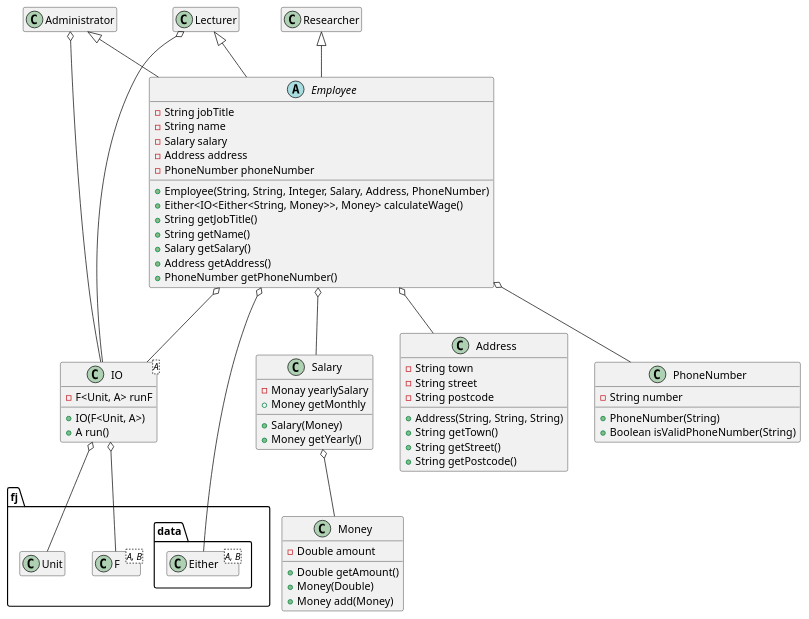
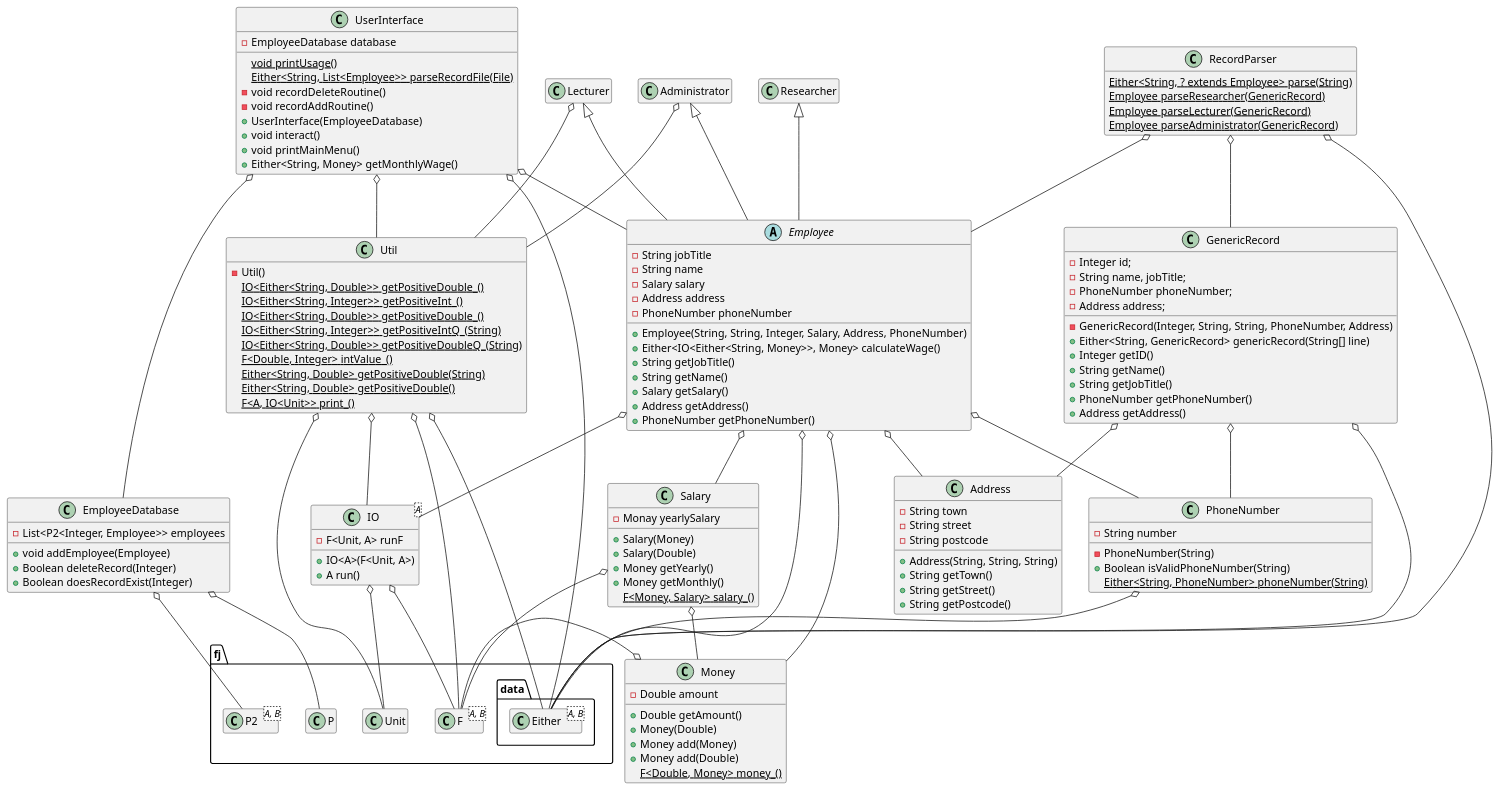
The diagram in uml.plantuml (Fuuzetsu/cm20215-cwk2), drawn with PlantUML before and after one commit.

Commit message:
Finalise UML

```diff
--- a/uml.plantuml
+++ b/uml.plantuml
@@ -1,102 +1,193 @@
 @startuml
 
 Employee o-- fj.data.Either
 Employee o-- IO
 Employee o-- Salary
 Employee o-- Address
 Employee o-- PhoneNumber
+Employee o-- Money
+
+GenericRecord o-- PhoneNumber
+GenericRecord o-- Address
+GenericRecord o-- fj.data.Either
+
+PhoneNumber o-- fj.data.Either
+
+Money o-- fj.F
+
+RecordParser o-- fj.data.Either
+RecordParser o-- GenericRecord
+RecordParser o-- Employee
+
+EmployeeDatabase o-- fj.P
+EmployeeDatabase o-- fj.P2
+
+Administrator <|-- Employee
+Administrator o-- Util
+
+Researcher <|-- Employee
+
+Lecturer <|-- Employee
+Lecturer o-- Util
+
 
 IO o-- fj.F
 IO o-- fj.Unit
 
 Salary o-- Money
+Salary o-- fj.F
 
-Researcher <|-- Employee
-Administrator <|-- Employee
-Administrator o-- IO
-Lecturer <|-- Employee
-Lecturer o-- IO
+UserInterface o-- EmployeeDatabase
+UserInterface o-- Employee
+UserInterface o-- fj.data.Either
+UserInterface o-- Util
 
+Util o-- fj.F
+Util o-- fj.Unit
+Util o-- fj.data.Either
+Util o-- IO
 
 namespace fj {
 
           class F<A, B> {
           }
 
           class Unit {
           }
+
+          class P {
+          }
+
+          class P2<A, B> {
+          }
 }
 
 namespace fj.data {
 
           class Either<A, B> {
           }
-
 }
 
 abstract class Employee {
       -String jobTitle
       -String name
       -Salary salary
       -Address address
       -PhoneNumber phoneNumber
       +Employee(String, String, Integer, Salary, Address, PhoneNumber)
       +Either<IO<Either<String, Money>>, Money> calculateWage()
       +String getJobTitle()
       +String getName()
       +Salary getSalary()
       +Address getAddress()
       +PhoneNumber getPhoneNumber()
 }
 
+class GenericRecord {
+    -Integer id;
+    -String name, jobTitle;
+    -PhoneNumber phoneNumber;
+    -Address address;
+    -GenericRecord(Integer, String, String, PhoneNumber, Address)
+    +Either<String, GenericRecord> genericRecord(String[] line)
+    +Integer getID()
+    +String getName()
+    +String getJobTitle()
+    +PhoneNumber getPhoneNumber()
+    +Address getAddress()
+}
+
+class EmployeeDatabase {
+      -List<P2<Integer, Employee>> employees
+      +void addEmployee(Employee)
+      +Boolean deleteRecord(Integer)
+      +Boolean doesRecordExist(Integer)
+}
+
 class Researcher {
 
 }
 
 class Administrator {
 }
 
 class Lecturer {
 }
 
 class IO<A> {
       -F<Unit, A> runF
-      +IO(F<Unit, A>)
+      +IO<A>(F<Unit, A>)
       +A run()
 }
 
 class Salary {
       -Monay yearlySalary
       +Salary(Money)
+      +Salary(Double)
       +Money getYearly()
-      +Money getMonthly
+      +Money getMonthly()
+      {static} F<Money, Salary> salary_()
 }
 
 class Money {
       -Double amount
       +Double getAmount()
       +Money(Double)
       +Money add(Money)
+      +Money add(Double)
+      {static} F<Double, Money> money_()
 }
 
 class Address {
       -String town
       -String street
       -String postcode
       +Address(String, String, String)
       +String getTown()
       +String getStreet()
       +String getPostcode()
 }
 
 class PhoneNumber {
       -String number
-      +PhoneNumber(String)
+      -PhoneNumber(String)
       +Boolean isValidPhoneNumber(String)
+      {static} Either<String, PhoneNumber> phoneNumber(String)
 }
 
+class RecordParser {
+      {static} Either<String, ? extends Employee> parse(String)
+      {static} Employee parseResearcher(GenericRecord)
+      {static} Employee parseLecturer(GenericRecord)
+      {static} Employee parseAdministrator(GenericRecord)
+}
+
+class UserInterface {
+      -EmployeeDatabase database
+      {static} void printUsage()
+      {static} Either<String, List<Employee>> parseRecordFile(File)
+      -void recordDeleteRoutine()
+      -void recordAddRoutine()
+      +UserInterface(EmployeeDatabase)
+      +void interact()
+      +void printMainMenu()
+      +Either<String, Money> getMonthlyWage()
+}
+
+class Util {
+      -Util()
+      {static} IO<Either<String, Double>> getPositiveDouble_()
+      {static} IO<Either<String, Integer>> getPositiveInt_()
+      {static} IO<Either<String, Double>> getPositiveDouble_()
+      {static} IO<Either<String, Integer>> getPositiveIntQ_(String)
+      {static} IO<Either<String, Double>> getPositiveDoubleQ_(String)
+      {static} F<Double, Integer> intValue_()
+      {static} Either<String, Double> getPositiveDouble(String)
+      {static} Either<String, Double> getPositiveDouble()
+      {static} F<A, IO<Unit>> print_()
+}
 
 hide empty members
 hide empty methods
 
 @enduml
```
